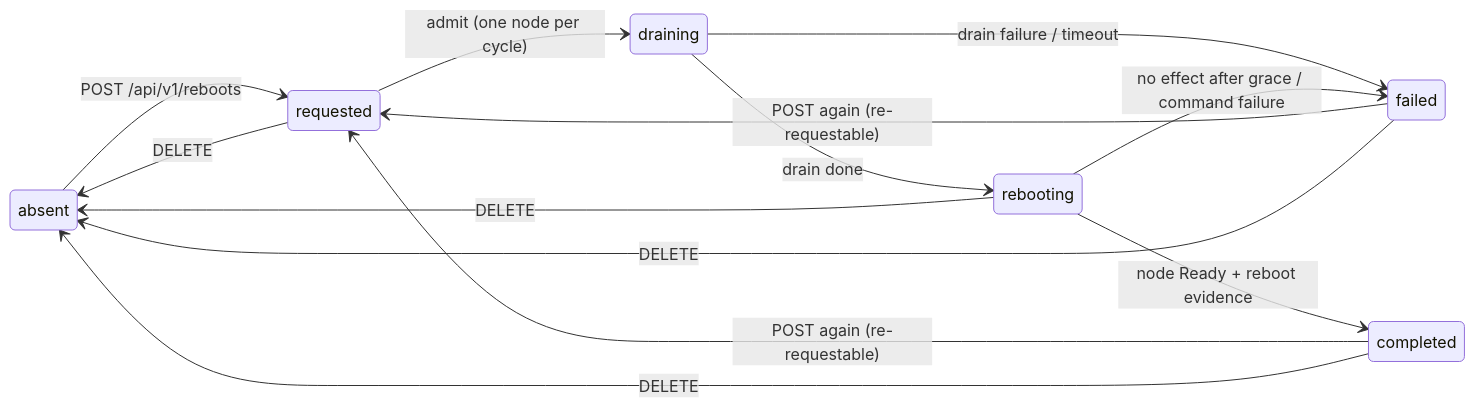
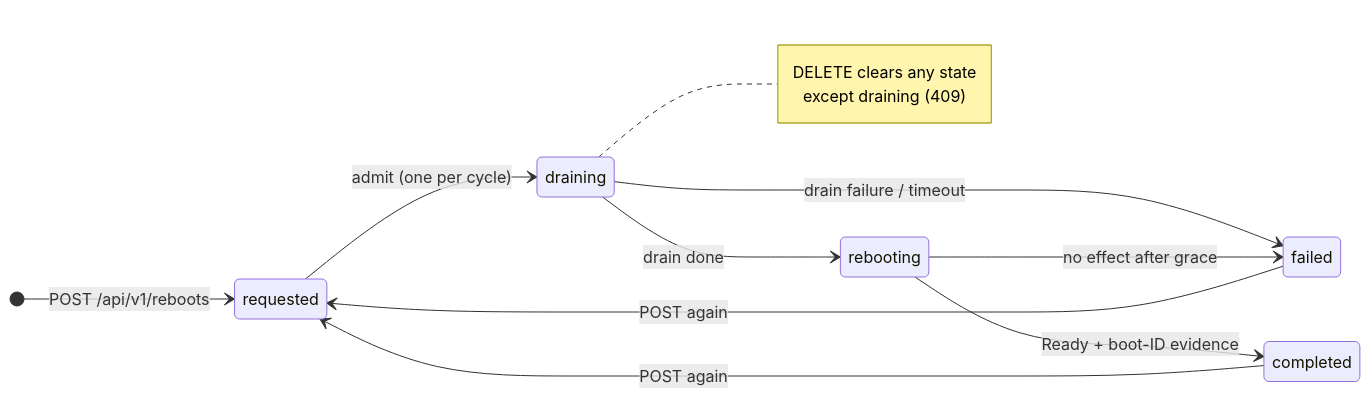
One commit to simplek8s/simplek8s-controller changed the diagram in README.md. Above: the diagram before and after it, drawn with Mermaid. The commit also changed other lines of this file, not shown here.

Commit message:
docs: helm -n flag first, slimmer lifecycle diagram

````diff
--- a/README.md
+++ b/README.md
@@ -91,16 +92,17 @@
 ```mermaid
 stateDiagram-v2
     direction LR
-    absent --> requested: POST /api/v1/reboots
-    requested --> draining: admit (one node per cycle)
+    [*] --> requested: POST /api/v1/reboots
+    requested --> draining: admit (one per cycle)
     draining --> rebooting: drain done
     draining --> failed: drain failure / timeout
-    rebooting --> failed: no effect after grace / command failure
-    rebooting --> completed: node Ready + reboot evidence
-    completed --> requested: POST again (re-requestable)
-    failed --> requested: POST again (re-requestable)
-    requested --> absent: DELETE
-    rebooting --> absent: DELETE
-    completed --> absent: DELETE
-    failed --> absent: DELETE
+    rebooting --> completed: Ready + boot-ID evidence
+    rebooting --> failed: no effect after grace
+    completed --> requested: POST again
+    failed --> requested: POST again
+
+    note right of draining
+        DELETE clears any state
+        except draining (409)
+    end note
 ```
````
